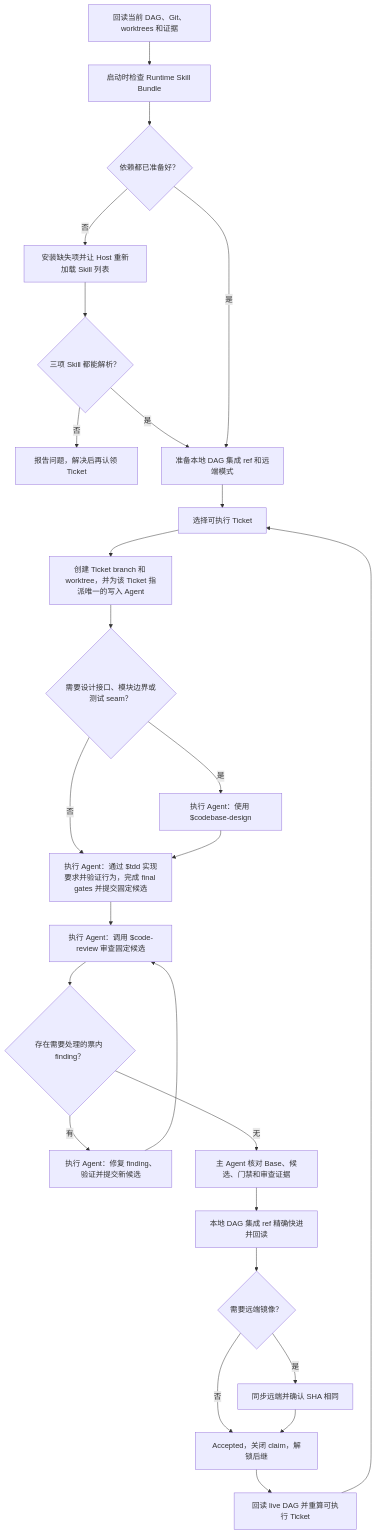
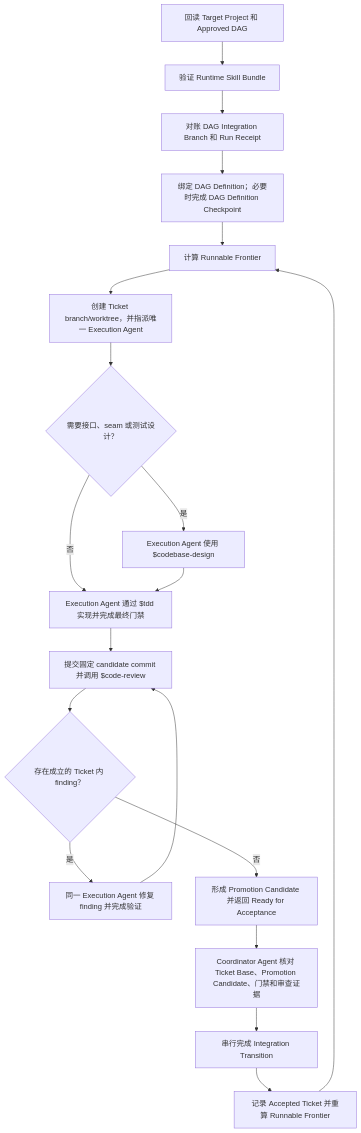
Before and after one commit to RedHeartSecretMan/dag-skill: the diagram in README.md, drawn with Mermaid. The commit also changed other lines of this file and 12 other files, not shown here.

Commit message:
feat: release dag-skill v0.4.0

````diff
--- a/README.md
+++ b/README.md
@@ -33,28 +16,21 @@
 ```mermaid
 flowchart TD
-    A["回读当前 DAG、Git、worktrees 和证据"] --> B["启动时检查 Runtime Skill Bundle"]
-    B --> C{"依赖都已准备好？"}
-    C -->|否| C1["安装缺失项并让 Host 重新加载 Skill 列表"]
-    C1 --> C2{"三项 Skill 都能解析？"}
-    C2 -->|否| Z["报告问题，解决后再认领 Ticket"]
-    C2 -->|是| D["准备本地 DAG 集成 ref 和远端模式"]
-    C -->|是| D
-    D --> E["选择可执行 Ticket"]
-    E --> F["创建 Ticket branch 和 worktree，并为该 Ticket 指派唯一的写入 Agent"]
-    F --> F1{"需要设计接口、模块边界或测试 seam？"}
-    F1 -->|是| F2["执行 Agent：使用 $codebase-design"]
-    F1 -->|否| G["执行 Agent：通过 $tdd 实现要求并验证行为，完成 final gates 并提交固定候选"]
-    F2 --> G
-    G --> H["执行 Agent：调用 $code-review 审查固定候选"]
-    H --> I{"存在需要处理的票内 finding？"}
-    I -->|有| I1["执行 Agent：修复 finding、验证并提交新候选"]
-    I1 --> H
-    I -->|无| J["主 Agent 核对 Base、候选、门禁和审查证据"]
-    J --> K["本地 DAG 集成 ref 精确快进并回读"]
-    K --> L{"需要远端镜像？"}
-    L -->|否| M["Accepted，关闭 claim，解锁后继"]
-    L -->|是| L1["同步远端并确认 SHA 相同"]
-    L1 --> M
-    M --> N["回读 live DAG 并重算可执行 Ticket"]
+    A["回读 Target Project 和 Approved DAG"] --> B["验证 Runtime Skill Bundle"]
+    B --> C["对账 DAG Integration Branch 和 Run Receipt"]
+    C --> D["绑定 DAG Definition；必要时完成 DAG Definition Checkpoint"]
+    D --> E["计算 Runnable Frontier"]
+    E --> F["创建 Ticket branch/worktree，并指派唯一 Execution Agent"]
+    F --> G{"需要接口、seam 或测试设计？"}
+    G -->|是| G1["Execution Agent 使用 $codebase-design"]
+    G -->|否| H["Execution Agent 通过 $tdd 实现并完成最终门禁"]
+    G1 --> H
+    H --> I["提交固定 candidate commit 并调用 $code-review"]
+    I --> J{"存在成立的 Ticket 内 finding？"}
+    J -->|是| J1["同一 Execution Agent 修复 finding 并完成验证"]
+    J1 --> I
+    J -->|否| K["形成 Promotion Candidate 并返回 Ready for Acceptance"]
+    K --> L["Coordinator Agent 核对 Ticket Base、Promotion Candidate、门禁和审查证据"]
+    L --> M["串行完成 Integration Transition"]
+    M --> N["记录 Accepted Ticket 并重算 Runnable Frontier"]
     N --> E
 ```
````
